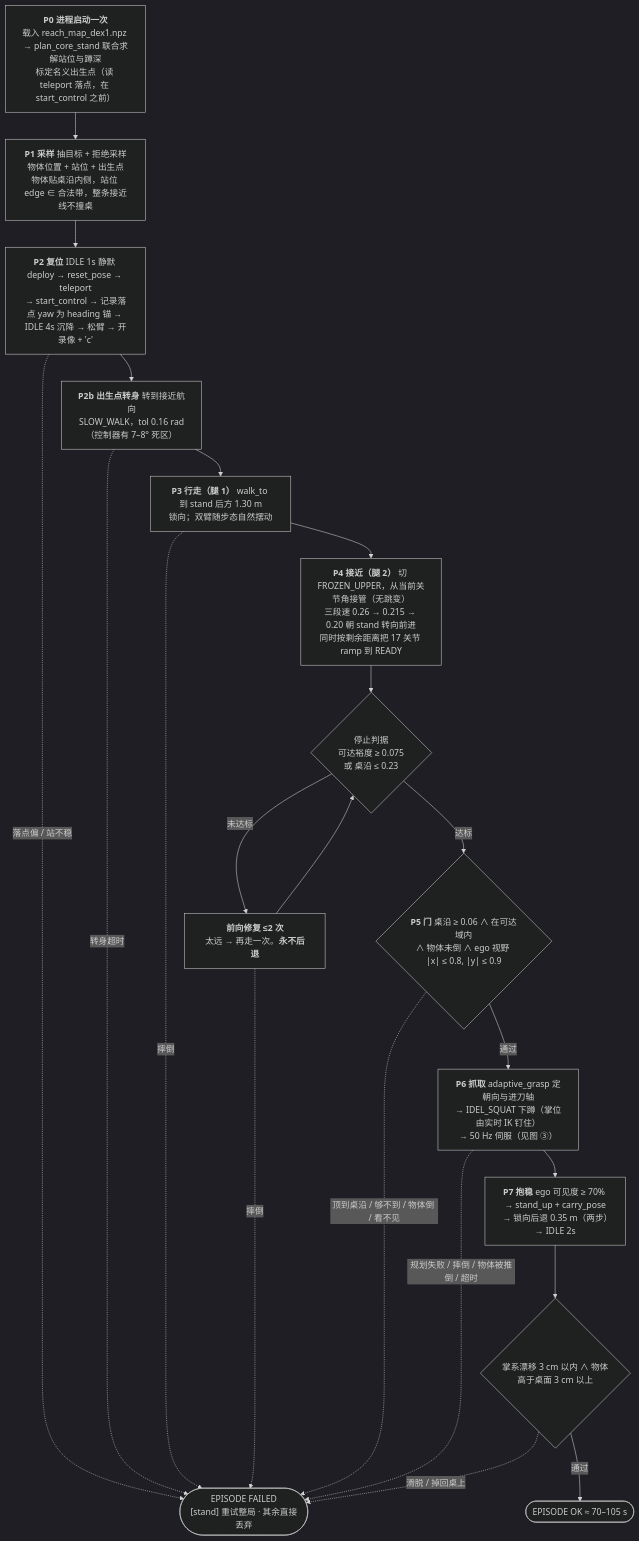
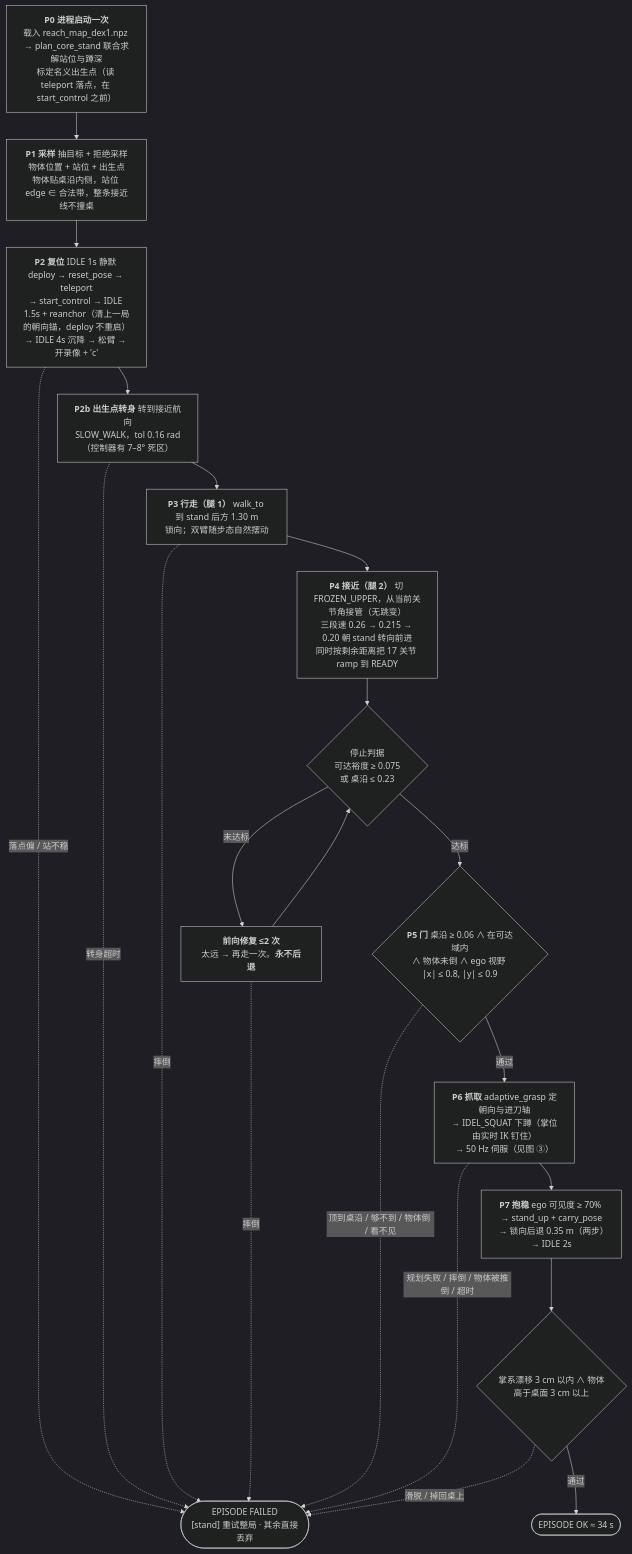
One commit to yijie21/locomanipulation changed the second of 3 diagrams in docs/collection.md. Above: the diagram before and after it, drawn with Mermaid (dark theme). The commit also changed other lines of this file and 10 other files, not shown here.

````diff
--- a/docs/collection.md
+++ b/docs/collection.md
@@ -434,30 +434,30 @@
 ```mermaid
 flowchart TD
   P0["<b>P0 进程启动一次</b><br/>载入 reach_map_dex1.npz → plan_core_stand 联合求解站位与蹲深<br/>标定名义出生点（读 teleport 落点，在 start_control 之前）"]
   P1["<b>P1 采样</b> 抽目标 + 拒绝采样物体位置 + 站位 + 出生点<br/>物体贴桌沿内侧，站位 edge ∈ 合法带，整条接近线不撞桌"]
-  P2["<b>P2 复位</b> IDLE 1s 静默 deploy → reset_pose → teleport<br/>→ start_control → 记录落点 yaw 为 heading 锚 → IDLE 4s 沉降 → 松臂 → 开录像 + 'c'"]
+  P2["<b>P2 复位</b> IDLE 1s 静默 deploy → reset_pose → teleport<br/>→ start_control → IDLE 1.5s + reanchor（清上一局的朝向锚，deploy 不重启）<br/>→ IDLE 4s 沉降 → 松臂 → 开录像 + 'c'"]
   P2T["<b>P2b 出生点转身</b> 转到接近航向<br/>SLOW_WALK，tol 0.16 rad（控制器有 7–8° 死区）"]
   P3["<b>P3 行走（腿 1）</b> walk_to 到 stand 后方 1.30 m<br/>锁向；双臂随步态自然摆动"]
   P4["<b>P4 接近（腿 2）</b> 切 FROZEN_UPPER，从当前关节角接管（无跳变）<br/>三段速 0.26 → 0.215 → 0.20 朝 stand 转向前进<br/>同时按剩余距离把 17 关节 ramp 到 READY"]
   P4G{"停止判据<br/>可达裕度 ≥ 0.075<br/>或 桌沿 ≤ 0.23"}
   P4R["<b>前向修复 ≤2 次</b><br/>太远 → 再走一次。<b>永不后退</b>"]
   P5{"<b>P5 门</b> 桌沿 ≥ 0.06 ∧ 在可达域内<br/>∧ 物体未倒 ∧ ego 视野 |x| ≤ 0.8, |y| ≤ 0.9"}
   P6["<b>P6 抓取</b> adaptive_grasp 定朝向与进刀轴<br/>→ IDEL_SQUAT 下蹲（掌位由实时 IK 钉住）<br/>→ 50 Hz 伺服（见图 ③）"]
   P7["<b>P7 抱稳</b> ego 可见度 ≥ 70% → stand_up + carry_pose<br/>→ 锁向后退 0.35 m（两步）→ IDLE 2s"]
   P7G{"掌系漂移 3 cm 以内 ∧ 物体高于桌面 3 cm 以上"}
-  OK(["EPISODE OK ≈ 70–105 s"])
+  OK(["EPISODE OK ≈ 34 s"])
   BAD(["EPISODE FAILED<br/>[stand] 重试整局 · 其余直接丢弃"])
 
   P0 --> P1 --> P2 --> P2T --> P3 --> P4 --> P4G
   P4G -- 未达标 --> P4R --> P4G
   P4G -- 达标 --> P5
   P5 -- 通过 --> P6 --> P7 --> P7G
   P7G -- 通过 --> OK
   P2 -. 落点偏 / 站不稳 .-> BAD
   P2T -. 转身超时 .-> BAD
   P3 -. 摔倒 .-> BAD
   P4R -. 摔倒 .-> BAD
   P5 -. 顶到桌沿 / 够不到 / 物体倒 / 看不见 .-> BAD
   P6 -. 规划失败 / 摔倒 / 物体被推倒 / 超时 .-> BAD
   P7G -. 滑脱 / 掉回桌上 .-> BAD
 ```
````
